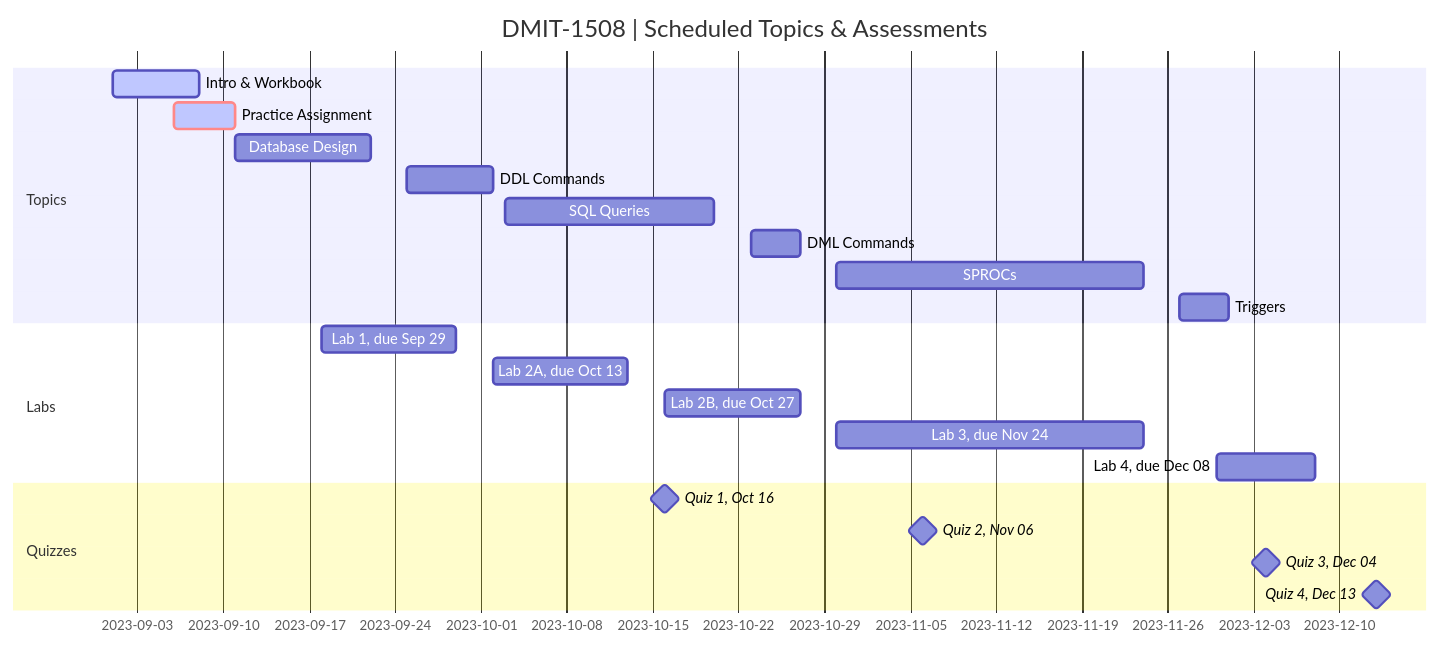
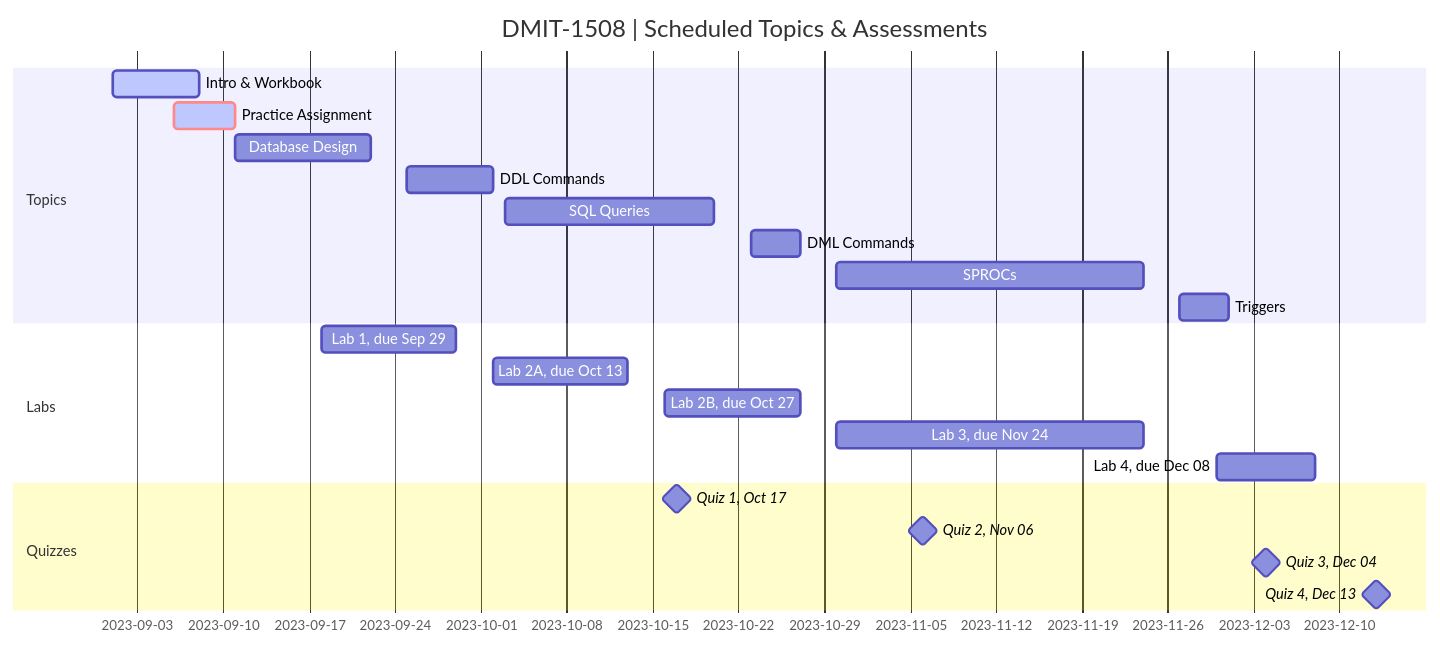
The diagram in README.md (DMIT-1508/DMIT-1508-Workbook-A04-dgilleland), drawn with Mermaid before and after one commit.

Commit message:
Fix quiz date

````diff
--- a/README.md
+++ b/README.md
@@ -9,33 +9,33 @@
 ```mermaid
 gantt
     dateFormat  YYYY-MM-DD
     title       DMIT-1508 | Scheduled Topics & Assessments
     %% excludes    weekends
     %% (`excludes` accepts specific dates in YYYY-MM-DD format, days of the week ("sunday") or "weekends", but not the word "weekdays".)
 
     section Topics
     %% done - for finished tasks
     %% active - for current tasks
     %% crit - for red outline/background
     Intro & Workbook          :active,  part0, 2023-09-01, 2023-09-08
     Practice Assignment       :crit, active, about, 2023-09-06, 2023-09-11
     Database Design           :         part1, 2023-09-11, 2023-09-22
     DDL Commands              :         part2, 2023-09-25, 2023-10-02
     SQL Queries               :         part3, 2023-10-03, 2023-10-20
     DML Commands              :         part4, 2023-10-23, 2023-10-27
     SPROCs                    :         part5, 2023-10-30, 2023-11-24
     Triggers                  :         part6, 2023-11-27, 2023-12-01
 
     section Labs
     Lab 1, due Sep 29  :     2023-09-18, 2023-09-29
     Lab 2A, due Oct 13 :     2023-10-02, 2023-10-13
     Lab 2B, due Oct 27 :     2023-10-16, 2023-10-27
     Lab 3, due Nov 24  :     2023-10-30, 2023-11-24
     Lab 4, due Dec 08  :     2023-11-30, 2023-12-08
 
     section Quizzes
-    Quiz 1, Oct 16 :milestone, 2023-10-16, 0d
+    Quiz 1, Oct 17 :milestone, 2023-10-17, 0d
     Quiz 2, Nov 06 :milestone, 2023-11-06, 0d
     Quiz 3, Dec 04 :milestone, 2023-12-04, 0d
     Quiz 4, Dec 13 :milestone, 2023-12-13, 0d
 ```
````
